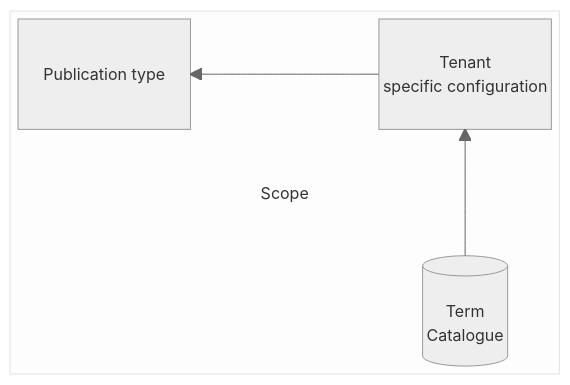
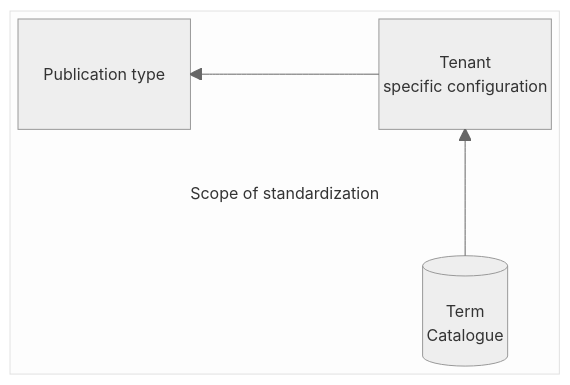
The first of 2 diagrams in README.md (officialgazette/publication-standard), drawn with Mermaid before and after one commit. The commit also changed other lines of this file, not shown here.

````diff
--- a/README.md
+++ b/README.md
@@ -50,28 +50,28 @@
 ```mermaid
 
 %%{
   init: {
     'theme': 'neutral'
   }
 }%%
 
 block-beta
 
-block:scope["Scope"]
+block:scope["Scope of standardization"]
 
 columns 3
 standard["Publication type"]:1
 space Terms["Tenant
 specific configuration"]
 space:3
 space space termDB[("
 Term
 Catalogue")]
 
 end
 
 
 
 Terms --> standard
 termDB --> Terms
 ```
````
